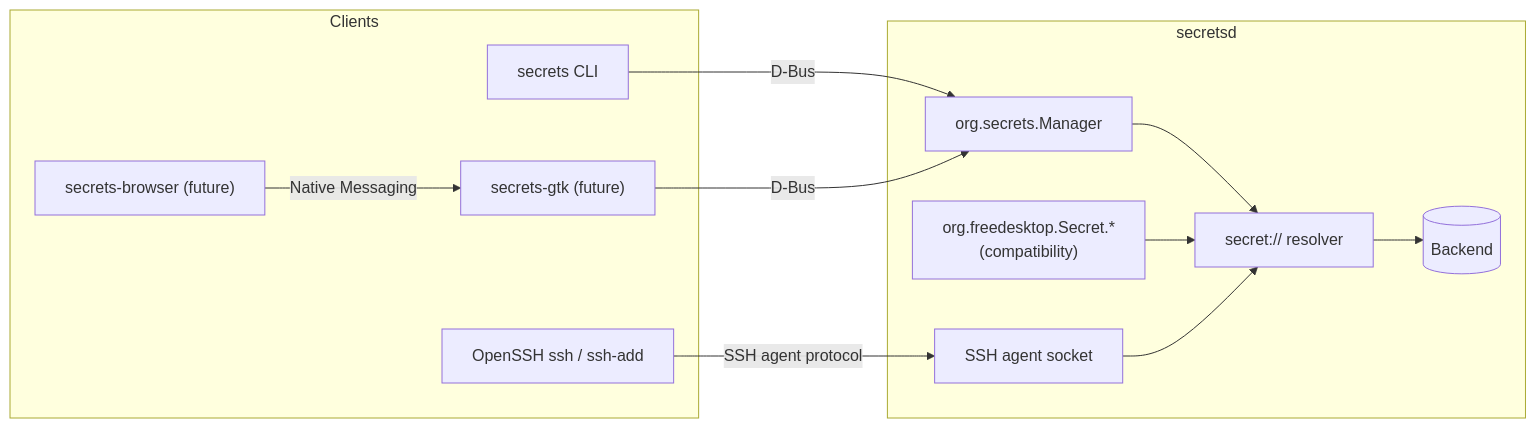
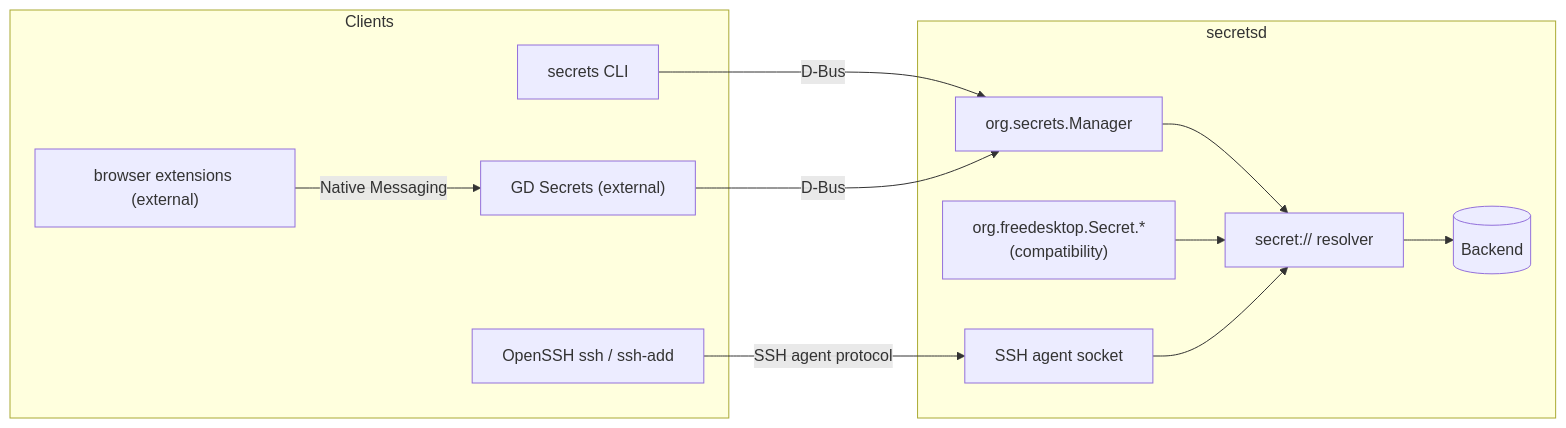
One commit to noirbizarre/secrets changed the diagram in README.md. Above: the diagram before and after it, drawn with Mermaid. The commit also changed other lines of this file and 15 other files, not shown here.

````diff
--- a/README.md
+++ b/README.md
@@ -36,27 +36,27 @@
 ```mermaid
 flowchart LR
     subgraph Clients
         cli[secrets CLI]
-        gtk["secrets-gtk (future)"]
-        browser["secrets-browser (future)"]
+        gtk["GD Secrets (external)"]
+        browser["browser extensions (external)"]
         ssh[OpenSSH ssh / ssh-add]
     end
 
     subgraph secretsd
         manager["org.secrets.Manager"]
         secretservice["org.freedesktop.Secret.*\n(compatibility)"]
         agent[SSH agent socket]
         resolver[secret:// resolver]
         backend[(Backend)]
     end
 
     cli -- D-Bus --> manager
     gtk -- D-Bus --> manager
     browser -- Native Messaging --> gtk
     ssh -- SSH agent protocol --> agent
 
     manager --> resolver
     secretservice --> resolver
     agent --> resolver
     resolver --> backend
 ```
````
